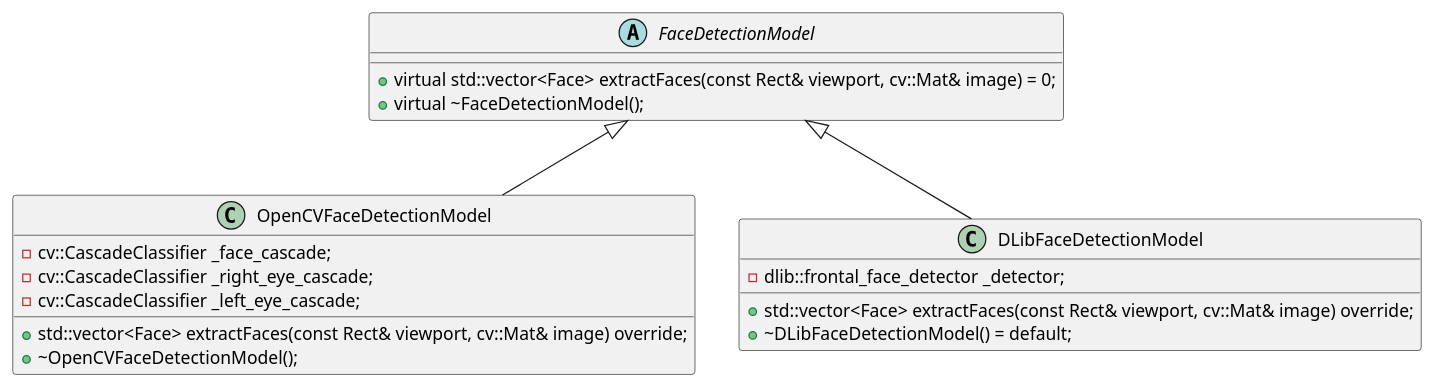
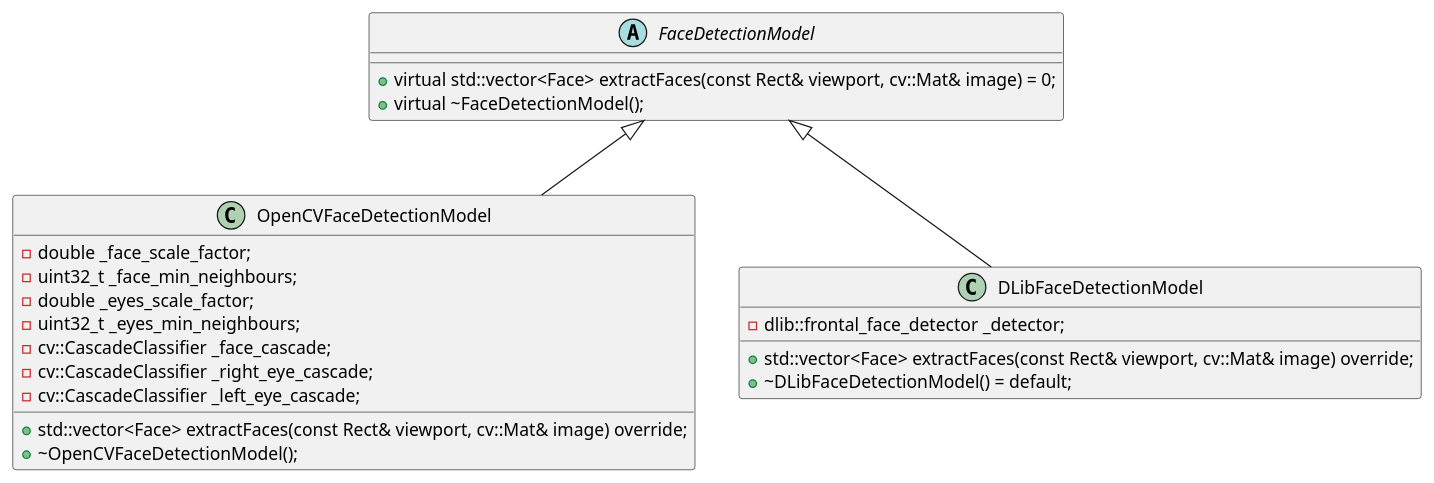
The diagram in UML/face_detection.puml (st235/HSE.2DImageProcessing.Week7), drawn with PlantUML before and after one commit. The commit also changed 3 other files, not shown here.

Commit message:
updated readme: fixed uml models.

```diff
--- a/UML/face_detection.puml
+++ b/UML/face_detection.puml
@@ -1,26 +1,30 @@
 @startuml
 
 abstract class FaceDetectionModel {
 + virtual std::vector<Face> extractFaces(const Rect& viewport, cv::Mat& image) = 0;
 + virtual ~FaceDetectionModel();
 }
 
 class OpenCVFaceDetectionModel {
+- double _face_scale_factor;
+- uint32_t _face_min_neighbours;
+- double _eyes_scale_factor;
+- uint32_t _eyes_min_neighbours;
 - cv::CascadeClassifier _face_cascade;
 - cv::CascadeClassifier _right_eye_cascade;
 - cv::CascadeClassifier _left_eye_cascade;
 
 + std::vector<Face> extractFaces(const Rect& viewport, cv::Mat& image) override;
 + ~OpenCVFaceDetectionModel();
 }
 
 class DLibFaceDetectionModel {
 - dlib::frontal_face_detector _detector;
 + std::vector<Face> extractFaces(const Rect& viewport, cv::Mat& image) override;
 + ~DLibFaceDetectionModel() = default;
 }
 
 FaceDetectionModel <|-- OpenCVFaceDetectionModel
 FaceDetectionModel <|-- DLibFaceDetectionModel
 
 @enduml
```
